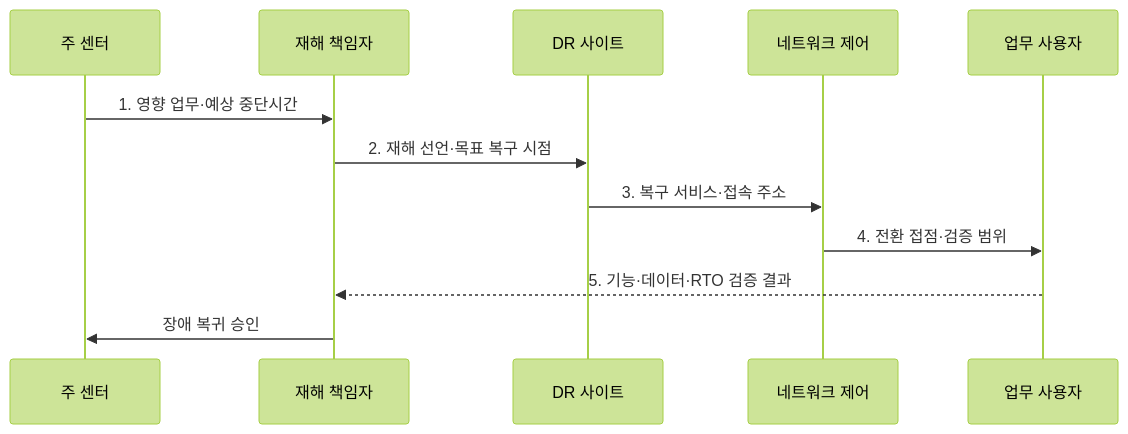
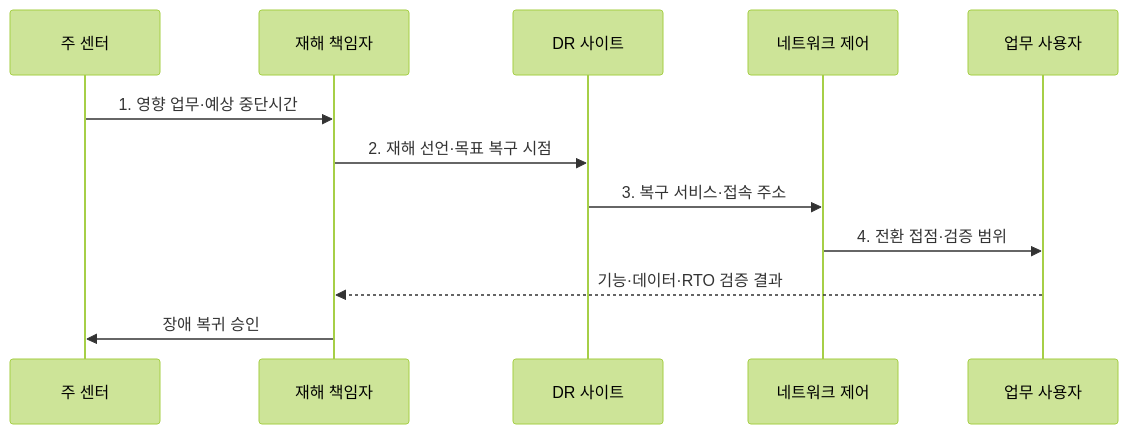
The second of 2 diagrams in src/content/docs/notes/06-evaluation/019_disaster_recovery_site.md (agnusdei1207/knowledge-base), drawn with Mermaid (forest theme) before and after one commit. The commit also changed other lines of this file and 12 other files, not shown here.

````diff
--- a/src/content/docs/notes/06-evaluation/019_disaster_recovery_site.md
+++ b/src/content/docs/notes/06-evaluation/019_disaster_recovery_site.md
@@ -89,14 +89,14 @@
 ```mermaid
 sequenceDiagram
   participant P as 주 센터
   participant M as 재해 책임자
   participant D as DR 사이트
   participant N as 네트워크 제어
   participant U as 업무 사용자
   P->>M: 1. 영향 업무·예상 중단시간
   M->>D: 2. 재해 선언·목표 복구 시점
   D->>N: 3. 복구 서비스·접속 주소
   N->>U: 4. 전환 접점·검증 범위
-  U-->>M: 5. 기능·데이터·RTO 검증 결과
+  U-->>M: 기능·데이터·RTO 검증 결과
   M->>P: 장애 복귀 승인
 ```
````
